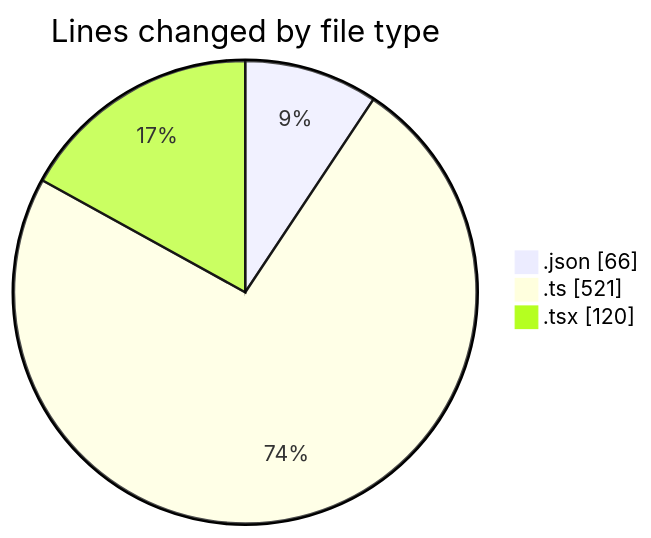
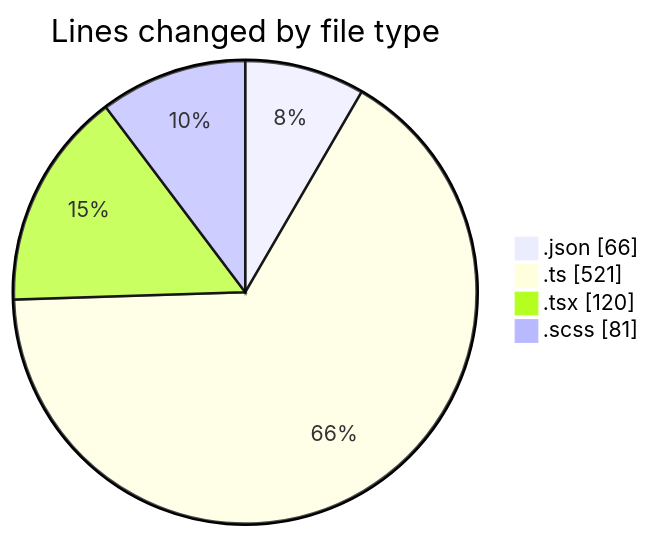
One commit to momahboobian/code-tracking changed the first of 2 diagrams in 2025-05-09/cda/README.md. Above: the diagram before and after it, drawn with Mermaid. The commit also changed other lines of this file and 1 other file, not shown here.

````diff
--- a/2025-05-09/cda/README.md
+++ b/2025-05-09/cda/README.md
@@ -24,7 +25,8 @@
 ```mermaid
 pie showData
 title Lines changed by file type
 ".json" : 66
 ".ts" : 521
 ".tsx" : 120
+".scss" : 81
 ```
````
